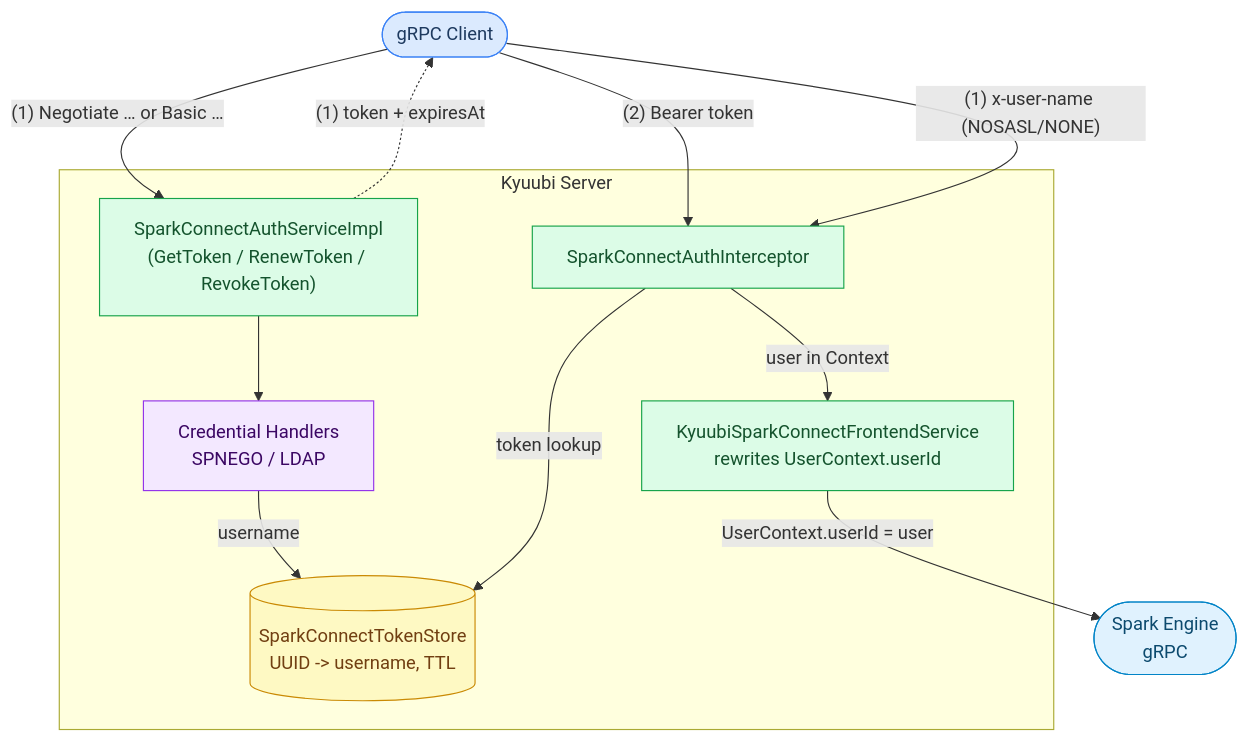
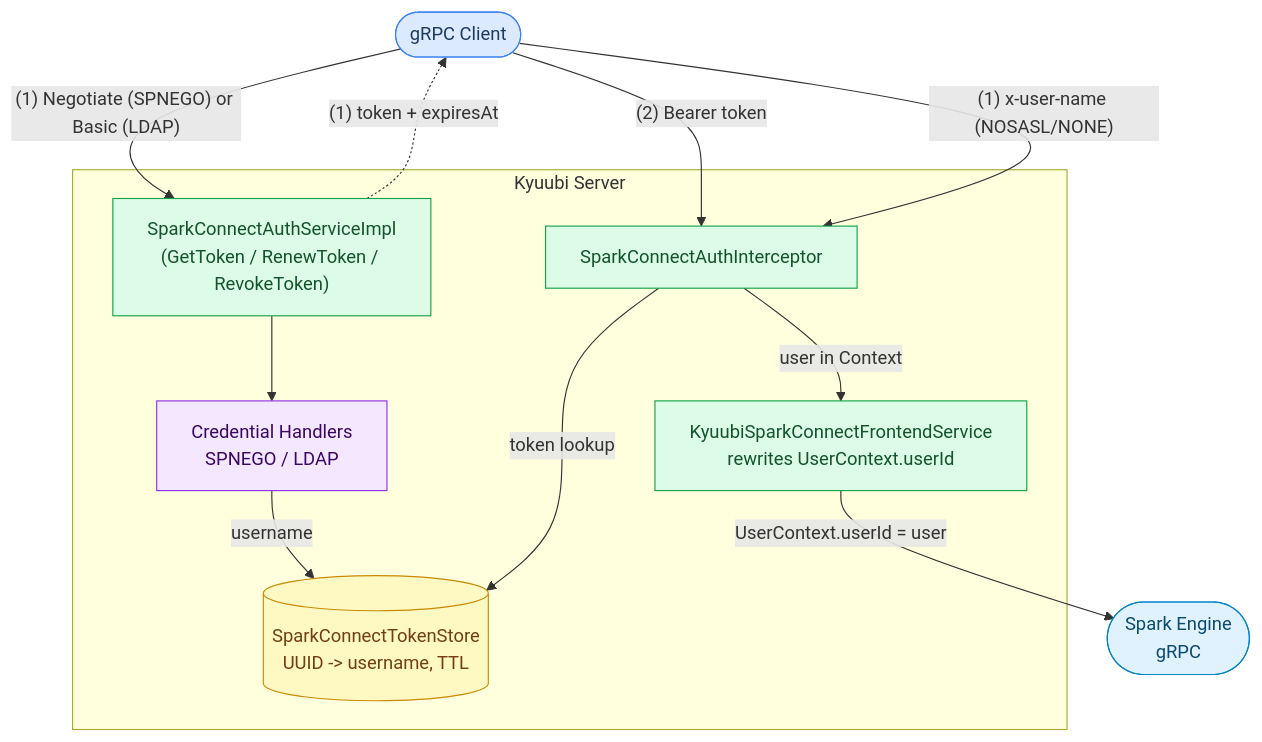
The diagram in docs/spark_connect/spark_connect_auth_flow.mmd (arenadata/kyuubi), drawn with Mermaid before and after one commit.

Commit message:
ADH-4718: minor fix in docs/spark_connect/spark_connect_auth_flow.mmd

```diff
--- a/docs/spark_connect/spark_connect_auth_flow.mmd
+++ b/docs/spark_connect/spark_connect_auth_flow.mmd
@@ -1,40 +1,40 @@
 flowchart TB
     Client(["gRPC Client"])
 
     subgraph KyuubiServer["Kyuubi Server"]
         TokenService["SparkConnectAuthServiceImpl<br>(GetToken / RenewToken / RevokeToken)"]
         CredHandlers["Credential Handlers<br>SPNEGO / LDAP"]
         TokenStore[("SparkConnectTokenStore<br>UUID -> username, TTL")]
         Interceptor["SparkConnectAuthInterceptor"]
         Proxy["KyuubiSparkConnectFrontendService<br>rewrites UserContext.userId"]
     end
 
     Engine(["Spark Engine<br>gRPC"])
 
-    Client -- "(1) Negotiate … or Basic …" --> TokenService
+    Client -- "(1) Negotiate (SPNEGO) or Basic (LDAP)" --> TokenService
     TokenService --> CredHandlers
     CredHandlers -- "username" --> TokenStore
     TokenService -. "(1) token + expiresAt" .-> Client
 
     Client ~~~ TokenService
     Client ~~~ Interceptor
 
     Client -- "(2) Bearer token" --> Interceptor
     Client -- "(1) x-user-name (NOSASL/NONE)" --> Interceptor
     Interceptor -- "token lookup" --> TokenStore
     Interceptor -- "user in Context" --> Proxy
     Proxy -- "UserContext.userId = user" --> Engine
 
     Client:::client
     TokenService:::frontend
     CredHandlers:::core
     TokenStore:::store
     Interceptor:::frontend
     Proxy:::frontend
     Engine:::engine
 
     classDef client    fill:#dbeafe,stroke:#3b82f6,color:#1e3a5f
     classDef frontend  fill:#dcfce7,stroke:#16a34a,color:#14532d
     classDef core      fill:#f3e8ff,stroke:#9333ea,color:#3b0764
     classDef engine    fill:#e0f2fe,stroke:#0284c7,color:#0c4a6e
     classDef store     fill:#fef9c3,stroke:#ca8a04,color:#713f12
```
